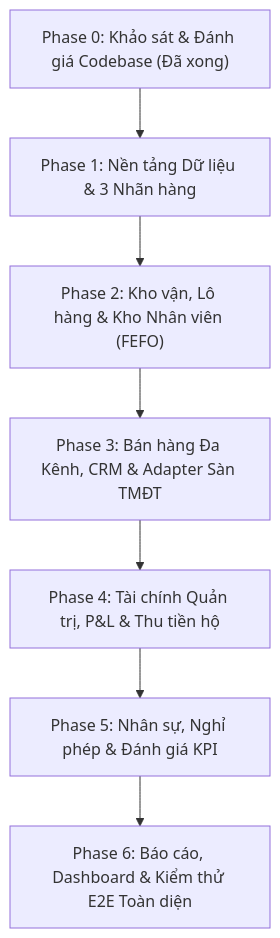
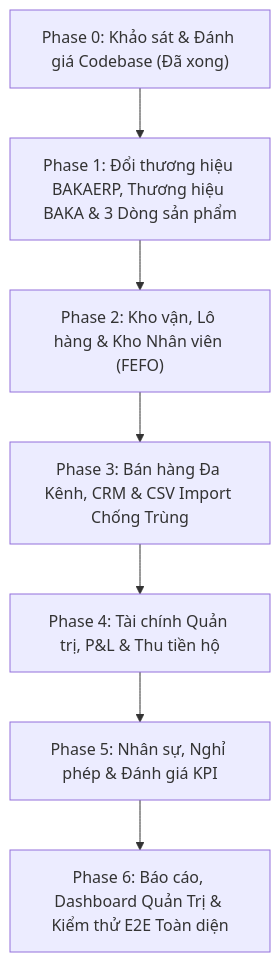
Before and after one commit to itsnayuta/baka-erp: the diagram in docs/ERP_IMPLEMENTATION_PLAN.md, drawn with Mermaid. The commit also changed other lines of this file and 41 other files, not shown here.

Commit message:
feat: complete BAKAERP branding, single brand BAKA, product lines, and multichannel CSV adapter

````diff
--- a/docs/ERP_IMPLEMENTATION_PLAN.md
+++ b/docs/ERP_IMPLEMENTATION_PLAN.md
@@ -26,9 +27,9 @@
 ```mermaid
 flowchart TD
-    P0["Phase 0: Khảo sát & Đánh giá Codebase (Đã xong)"] --> P1["Phase 1: Nền tảng Dữ liệu & 3 Nhãn hàng"]
+    P0["Phase 0: Khảo sát & Đánh giá Codebase (Đã xong)"] --> P1["Phase 1: Đổi thương hiệu BAKAERP, Thương hiệu BAKA & 3 Dòng sản phẩm"]
     P1 --> P2["Phase 2: Kho vận, Lô hàng & Kho Nhân viên (FEFO)"]
-    P2 --> P3["Phase 3: Bán hàng Đa Kênh, CRM & Adapter Sàn TMĐT"]
+    P2 --> P3["Phase 3: Bán hàng Đa Kênh, CRM & CSV Import Chống Trùng"]
     P3 --> P4["Phase 4: Tài chính Quản trị, P&L & Thu tiền hộ"]
     P4 --> P5["Phase 5: Nhân sự, Nghỉ phép & Đánh giá KPI"]
-    P5 --> P6["Phase 6: Báo cáo, Dashboard & Kiểm thử E2E Toàn diện"]
+    P5 --> P6["Phase 6: Báo cáo, Dashboard Quản Trị & Kiểm thử E2E Toàn diện"]
 ```
````
